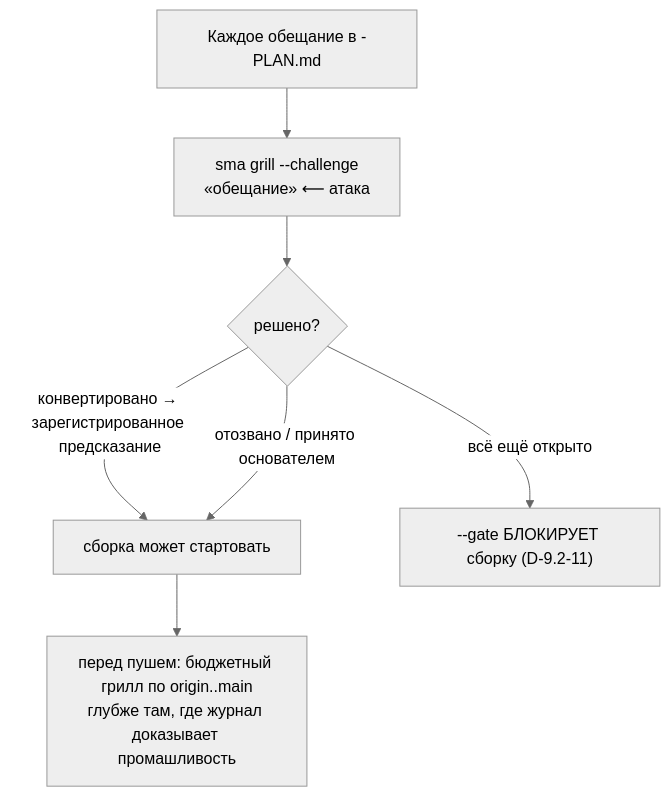
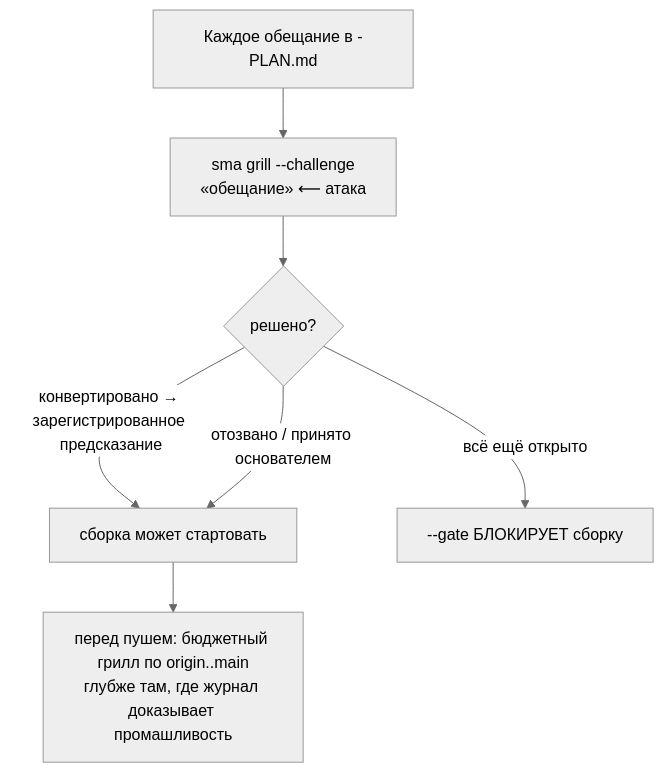
One commit to sma-framework/sma changed diagram 16 of 24 in docs/DETAILS.ru.md. Above: the diagram before and after it, drawn with Mermaid (neutral theme). The commit also changed other lines of this file and 19 other files, not shown here.

````diff
--- a/docs/DETAILS.ru.md
+++ b/docs/DETAILS.ru.md
@@ -511,9 +511,9 @@
 ```mermaid
 flowchart TD
     P["Каждое обещание в -PLAN.md"] --> CH["sma grill --challenge<br>«обещание» ⟵ атака"]
     CH --> Q{"решено?"}
     Q -->|"конвертировано → зарегистрированное предсказание"| GO["сборка может стартовать"]
     Q -->|"отозвано / принято основателем"| GO
-    Q -->|"всё ещё открыто"| STOP["--gate БЛОКИРУЕТ сборку (D-9.2-11)"]
+    Q -->|"всё ещё открыто"| STOP["--gate БЛОКИРУЕТ сборку"]
     GO --> PP["перед пушем: бюджетный грилл по origin..main<br>глубже там, где журнал доказывает промашливость"]
 ```
````
